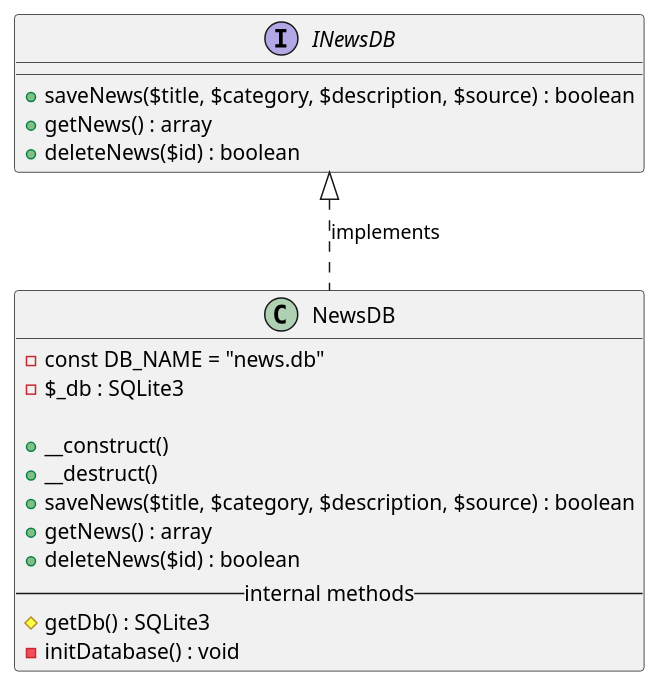
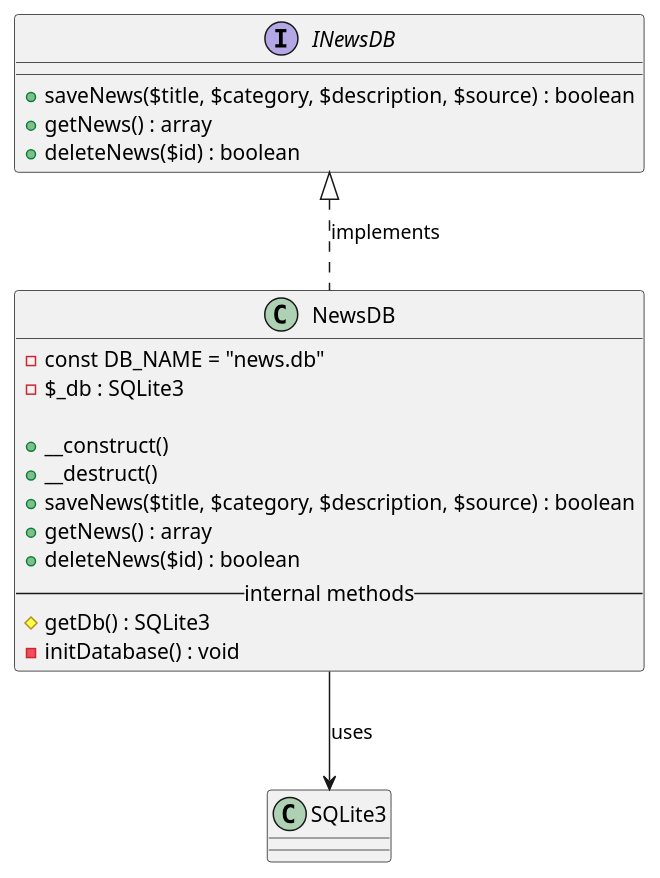
Before and after one commit to vitakurakina/web_programming: the diagram in lab3/news/uml.puml, drawn with PlantUML. The commit also changed 10 other files, not shown here.

Commit message:
lab 3 and 4 uml diagrams fix

```diff
--- a/lab3/news/uml.puml
+++ b/lab3/news/uml.puml
@@ -1,52 +1,28 @@
 @startuml
 
 interface INewsDB {
     + saveNews($title, $category, $description, $source) : boolean
     + getNews() : array
     + deleteNews($id) : boolean
 }
 
 class NewsDB {
     - const DB_NAME = "news.db"
     - $_db : SQLite3
 
     + __construct()
     + __destruct()
     + saveNews($title, $category, $description, $source) : boolean
     + getNews() : array
     + deleteNews($id) : boolean
     -- internal methods --
     # getDb() : SQLite3
     - initDatabase() : void
 }
-
-' class delete_news.inc {
-'     + $deleteId : integer
-'     + $result : boolean
-' }
-
-' class get_news.inc {
-'     + $newsData : array
-'     + $newsCount : integer
-' }
-
-' class save_news.inc {
-'     + $title : string
-'     + $category : int
-'     + $description : string
-'     + $source : string
-' }
-
-' class news.php {
-'     + $news : NewsDB
-'     + $errMsg : string
-' }
+class SQLite3
 
 INewsDB <|.. NewsDB : implements
+NewsDB --> SQLite3 : uses
 
-' news.php --> NewsDB : creates
-' delete_news.inc --> NewsDB : deleteNews()
-' get_news.inc --> NewsDB : getNews()
-' save_news.inc --> NewsDB : saveNews()
 
 @enduml
```
